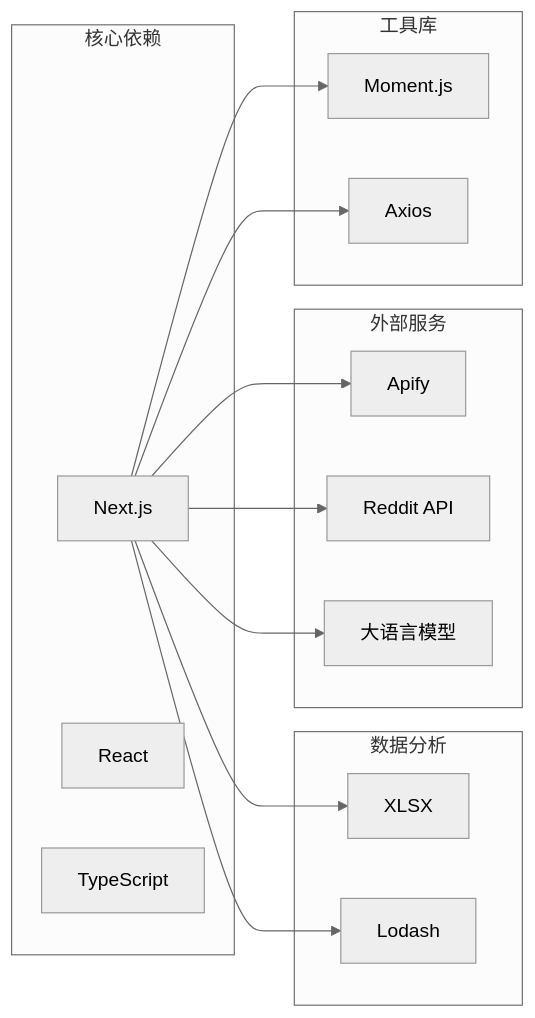
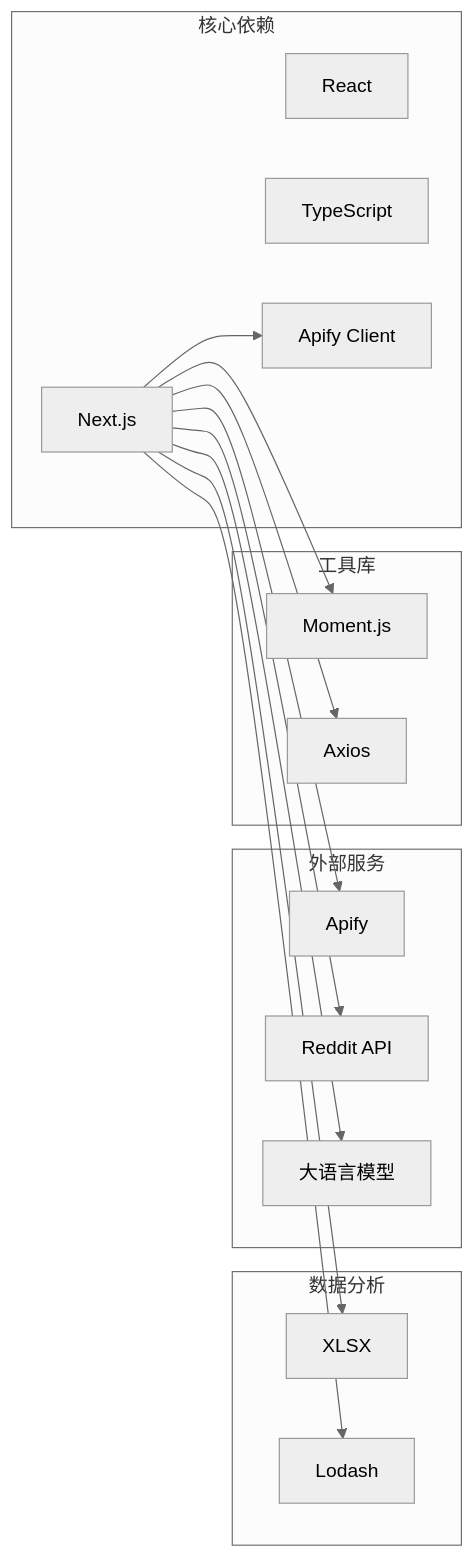
The fifth of 6 diagrams in .qoder/repowiki/zh/content/API 接口文档/API 接口文档.md (zezzezzez/reddit), drawn with Mermaid (neutral theme) before and after one commit. The commit also changed other lines of this file and 21 other files, not shown here.

````diff
--- a/.qoder/repowiki/zh/content/API 接口文档/API 接口文档.md
+++ b/.qoder/repowiki/zh/content/API 接口文档/API 接口文档.md
@@ -633,28 +797,30 @@
 ```mermaid
 graph LR
 subgraph "核心依赖"
 NextJS[Next.js]
 React[React]
 Typescript[TypeScript]
+ApifyClient[Apify Client]
 end
 subgraph "数据分析"
 XLSX[XLSX]
 Lodash[Lodash]
 end
 subgraph "外部服务"
 Apify[Apify]
 Reddit[Reddit API]
 LLM[大语言模型]
 end
 subgraph "工具库"
 Moment[Moment.js]
 Axios[Axios]
 end
 NextJS --> XLSX
 NextJS --> Lodash
+NextJS --> ApifyClient
 NextJS --> Apify
 NextJS --> Reddit
 NextJS --> LLM
 NextJS --> Moment
 NextJS --> Axios
 ```
````
